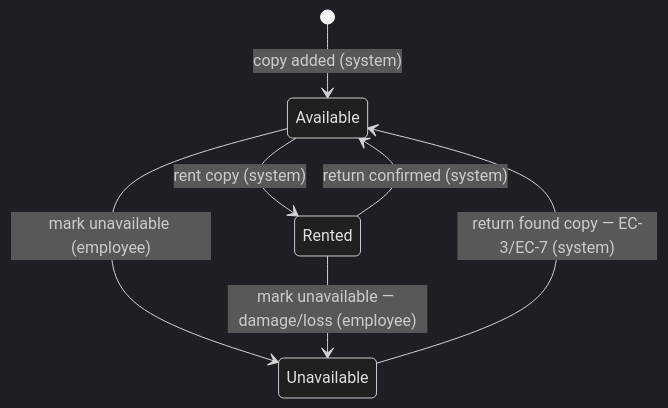
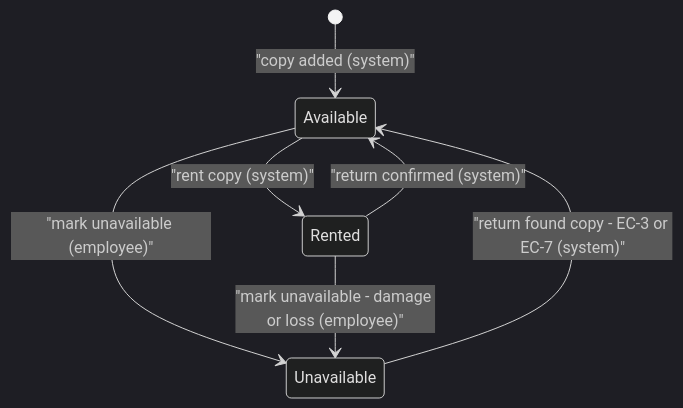
One commit to scaledVideoClub/vc-stage2-vb6 changed the first of 3 diagrams in specs/domain.md. Above: the diagram before and after it, drawn with Mermaid (dark theme). The commit also changed other lines of this file, not shown here.

First line of the commit message:
@fix(specs): quote mermaid transition labels to fix rendering on GitHub

````diff
--- a/specs/domain.md
+++ b/specs/domain.md
@@ -144,11 +144,11 @@
 ```mermaid
 stateDiagram-v2
-    [*] --> Available : copy added (system)
+    [*] --> Available : "copy added (system)"
 
-    Available --> Rented : rent copy (system)
-    Rented --> Available : return confirmed (system)
+    Available --> Rented : "rent copy (system)"
+    Rented --> Available : "return confirmed (system)"
 
-    Available --> Unavailable : mark unavailable (employee)
-    Rented --> Unavailable : mark unavailable — damage/loss (employee)
-    Unavailable --> Available : return found copy — EC-3/EC-7 (system)
+    Available --> Unavailable : "mark unavailable (employee)"
+    Rented --> Unavailable : "mark unavailable - damage or loss (employee)"
+    Unavailable --> Available : "return found copy - EC-3 or EC-7 (system)"
 ```
````
